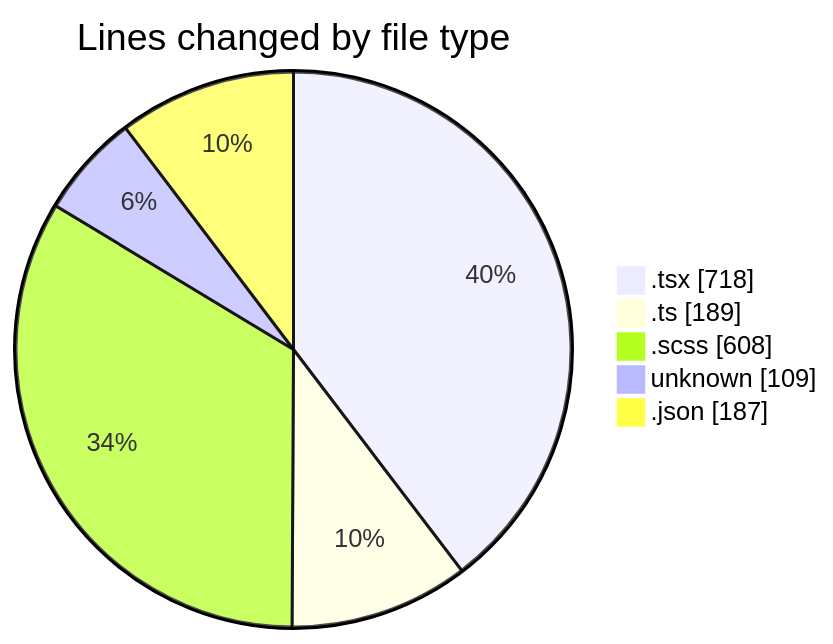
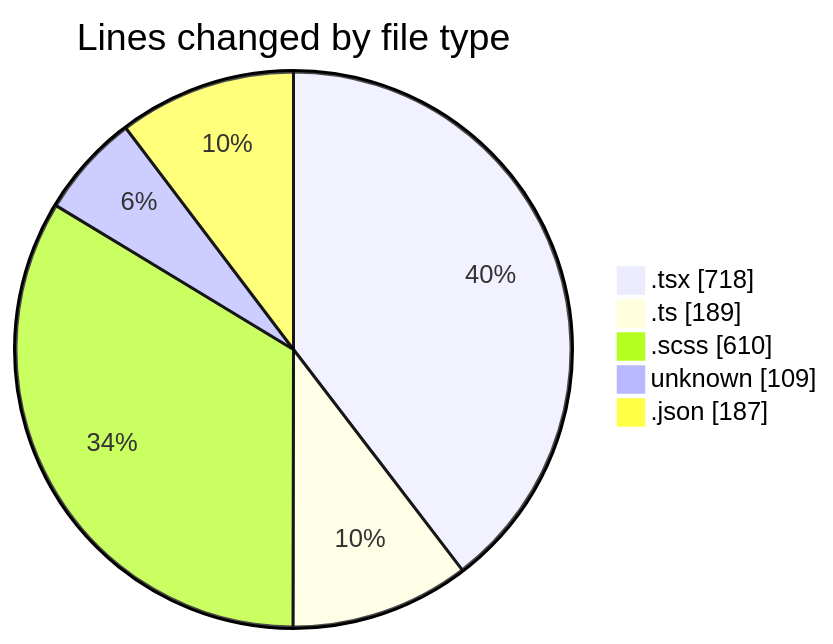
The first of 2 diagrams in 2026-04-15/cda/README.md (momahboobian/code-tracking), drawn with Mermaid before and after one commit. The commit also changed other lines of this file and 1 other file, not shown here.

````diff
--- a/2026-04-15/cda/README.md
+++ b/2026-04-15/cda/README.md
@@ -34,9 +34,9 @@
 ```mermaid
 pie showData
 title Lines changed by file type
 ".tsx" : 718
 ".ts" : 189
-".scss" : 608
+".scss" : 610
 "unknown" : 109
 ".json" : 187
 ```
````
